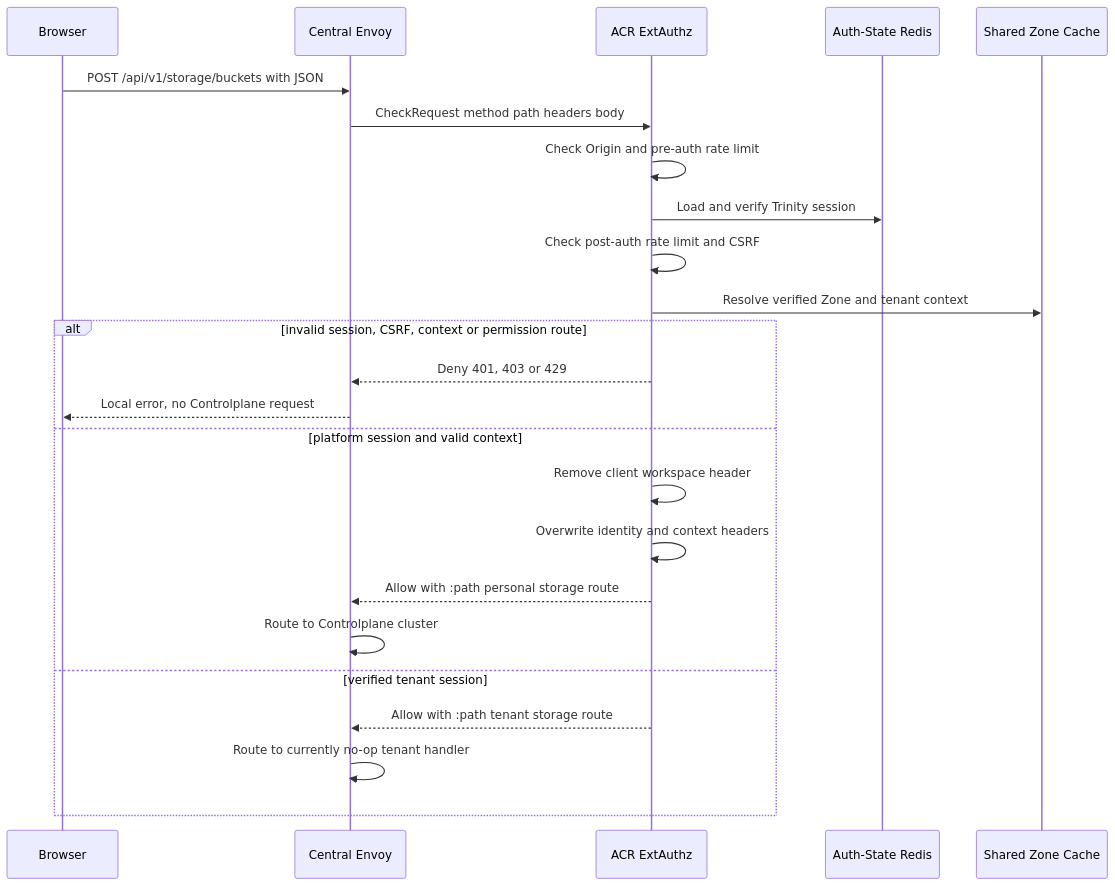
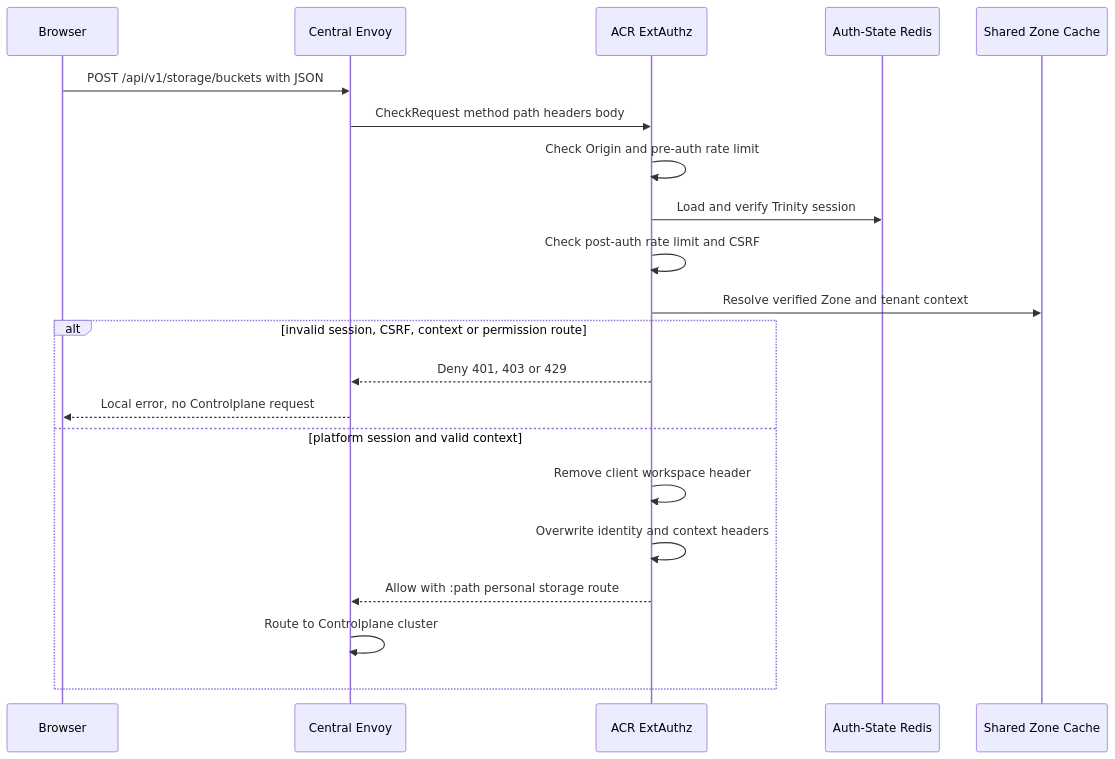
The first of 6 diagrams in god_view/storage/personal_bucket_create_god_view_workflow.md (phucle996/aurora), drawn with Mermaid before and after one commit. The commit also changed other lines of this file and 43 other files, not shown here.

Commit message:
feat(storage): complete storage workflows, god views, tenant endpoints, and handlers

````diff
--- a/god_view/storage/personal_bucket_create_god_view_workflow.md
+++ b/god_view/storage/personal_bucket_create_god_view_workflow.md
@@ -97,27 +101,24 @@
 ```mermaid
 sequenceDiagram
     participant B as Browser
     participant E as Central Envoy
     participant A as ACR ExtAuthz
     participant AR as Auth-State Redis
     participant Z as Shared Zone Cache
 
     B->>E: POST /api/v1/storage/buckets with JSON
     E->>A: CheckRequest method path headers body
     A->>A: Check Origin and pre-auth rate limit
     A->>AR: Load and verify Trinity session
     A->>A: Check post-auth rate limit and CSRF
     A->>Z: Resolve verified Zone and tenant context
     alt invalid session, CSRF, context or permission route
         A-->>E: Deny 401, 403 or 429
         E-->>B: Local error, no Controlplane request
     else platform session and valid context
         A->>A: Remove client workspace header
         A->>A: Overwrite identity and context headers
         A-->>E: Allow with :path personal storage route
         E->>E: Route to Controlplane cluster
-    else verified tenant session
-        A-->>E: Allow with :path tenant storage route
-        E->>E: Route to currently no-op tenant handler
     end
 ```
````
